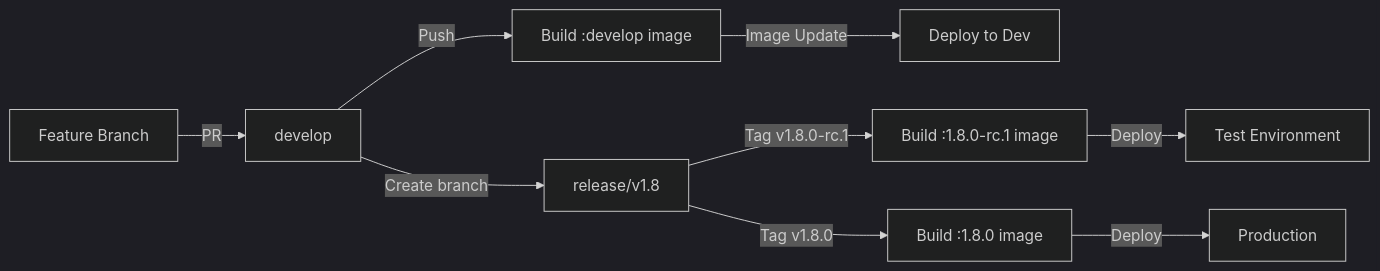
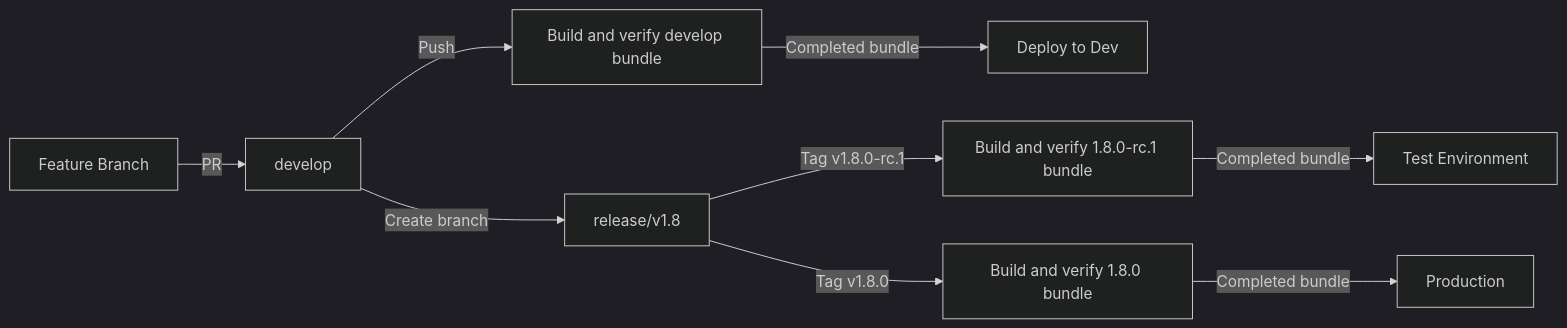
The first of 2 diagrams in docs/DEPLOYMENT_WORKFLOW.md (eneo-ai/eneo), drawn with Mermaid (dark theme) before and after one commit. The commit also changed 8 other files, not shown here.

````diff
--- a/docs/DEPLOYMENT_WORKFLOW.md
+++ b/docs/DEPLOYMENT_WORKFLOW.md
@@ -25,11 +25,11 @@
 ```mermaid
 graph LR
     A[Feature Branch] -->|PR| B[develop]
-    B -->|Push| C[Build :develop image]
-    C -->|Image Update| D[Deploy to Dev]
+    B -->|Push| C[Build and verify develop bundle]
+    C -->|Completed bundle| D[Deploy to Dev]
     B -->|Create branch| E[release/v1.8]
-    E -->|Tag v1.8.0-rc.1| F[Build :1.8.0-rc.1 image]
-    F -->|Deploy| G[Test Environment]
-    E -->|Tag v1.8.0| H[Build :1.8.0 image]
-    H -->|Deploy| I[Production]
+    E -->|Tag v1.8.0-rc.1| F[Build and verify 1.8.0-rc.1 bundle]
+    F -->|Completed bundle| G[Test Environment]
+    E -->|Tag v1.8.0| H[Build and verify 1.8.0 bundle]
+    H -->|Completed bundle| I[Production]
 ```
````
